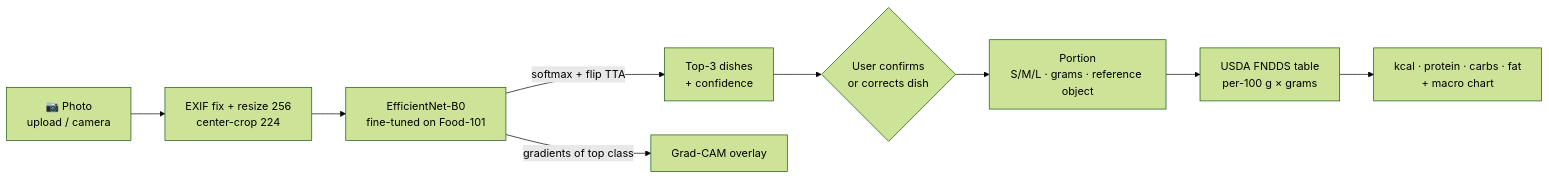
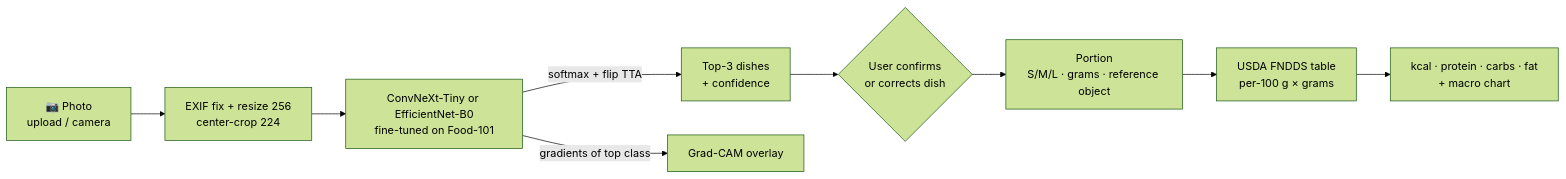
The diagram in README.md (harshskapadia/Calories-), drawn with Mermaid (forest theme) before and after one commit. The commit also changed other lines of this file and 2 other files, not shown here.

First line of the commit message:
README: full Food-101 results from RTX 3050 Ti run; ConvNeXt-Tiny as default app model

````diff
--- a/README.md
+++ b/README.md
@@ -33,11 +33,11 @@
 ```mermaid
 flowchart LR
     A[📷 Photo<br/>upload / camera] --> B[EXIF fix + resize 256<br/>center-crop 224]
-    B --> C[EfficientNet-B0<br/>fine-tuned on Food-101]
+    B --> C[ConvNeXt-Tiny or EfficientNet-B0<br/>fine-tuned on Food-101]
     C -->|softmax + flip TTA| D[Top-3 dishes<br/>+ confidence]
     C -->|gradients of top class| E[Grad-CAM overlay]
     D --> F{User confirms<br/>or corrects dish}
     F --> G[Portion<br/>S/M/L · grams · reference object]
     G --> H[USDA FNDDS table<br/>per-100 g × grams]
     H --> I[kcal · protein · carbs · fat<br/>+ macro chart]
 ```
````
